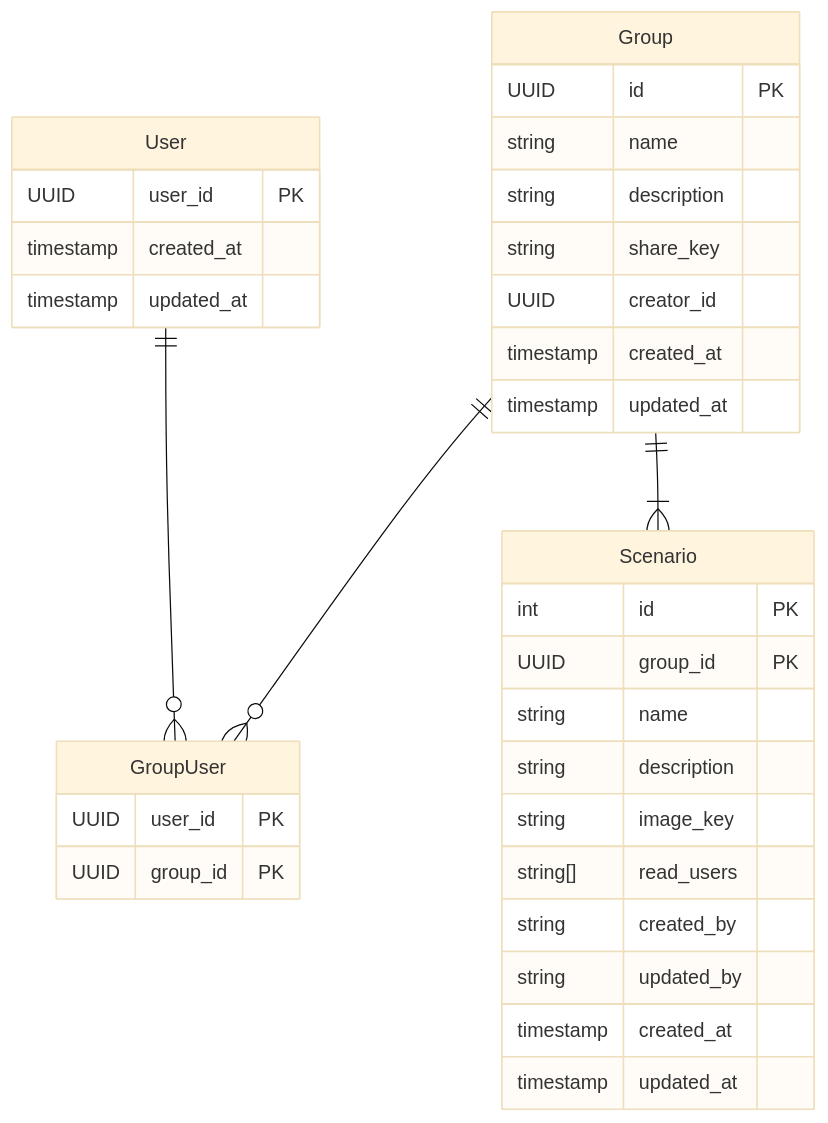
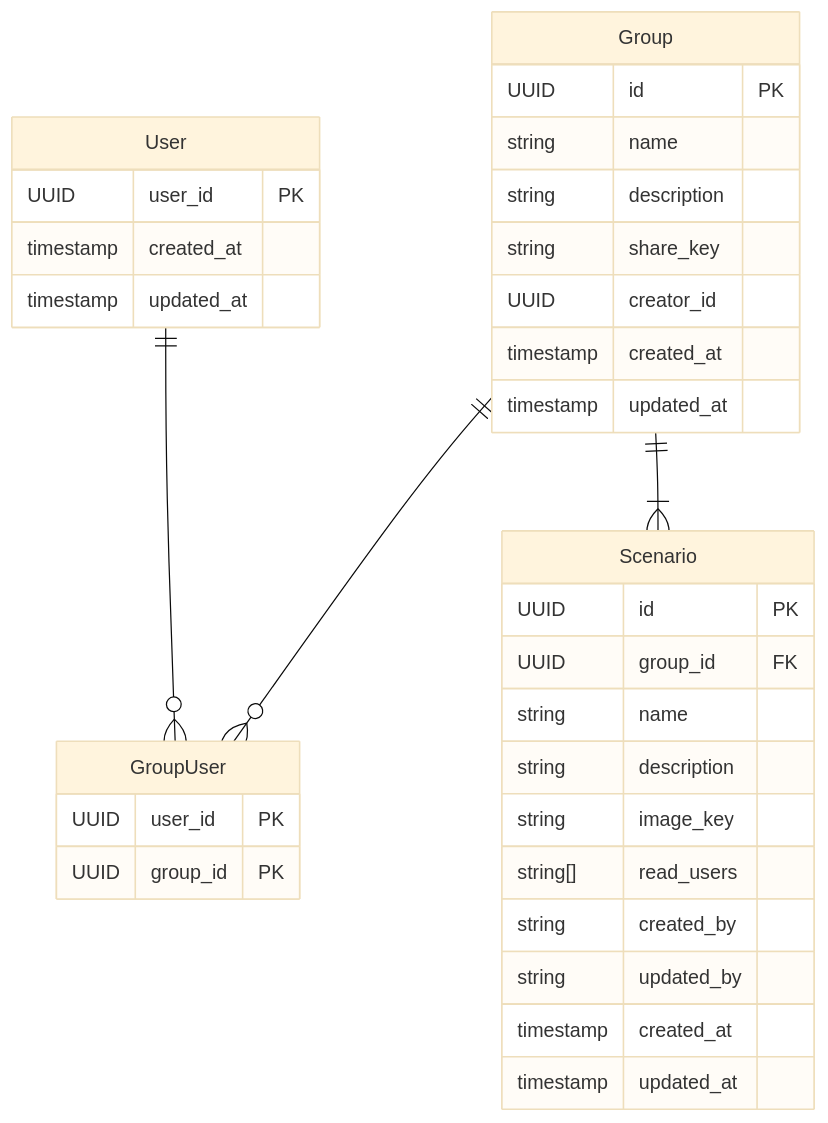
The diagram in 仕様書/システム構造設計書.md (Keito654/trpg-manager), drawn with Mermaid (base theme) before and after one commit.

````diff
--- a/仕様書/システム構造設計書.md
+++ b/仕様書/システム構造設計書.md
@@ -19,37 +19,37 @@
 ```mermaid
 erDiagram
     User ||--o{ GroupUser : ""
     Group ||--o{ GroupUser : ""
     Group ||--|{ Scenario : ""
     
     User {
       UUID user_id PK
       timestamp created_at
       timestamp updated_at
     }
     Group {
       UUID id PK
       string name
       string description
       string share_key
       UUID creator_id
       timestamp created_at
       timestamp updated_at
     }
     GroupUser {
       UUID user_id PK
       UUID group_id PK
     }
     Scenario {
-      int id PK
-      UUID group_id PK
+      UUID id PK
+      UUID group_id FK
       string name
       string description
       string image_key
       string[] read_users
       string created_by
       string updated_by
       timestamp created_at
       timestamp updated_at
     }
 ```
````
